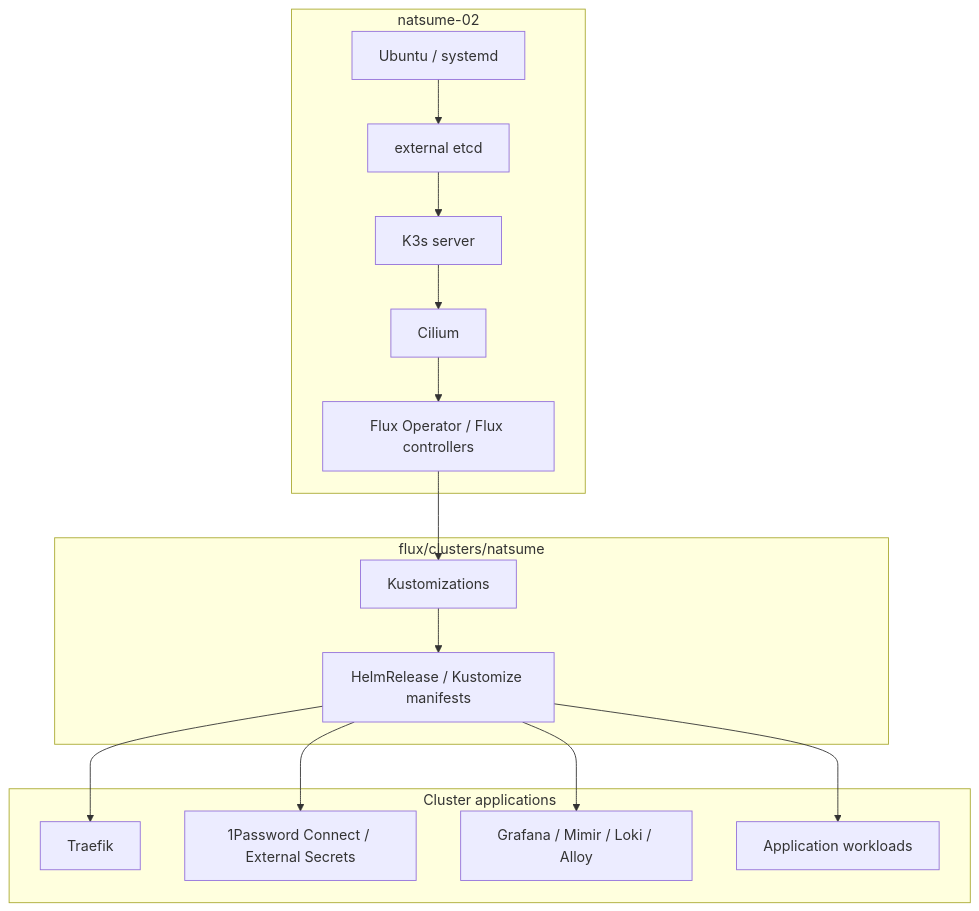
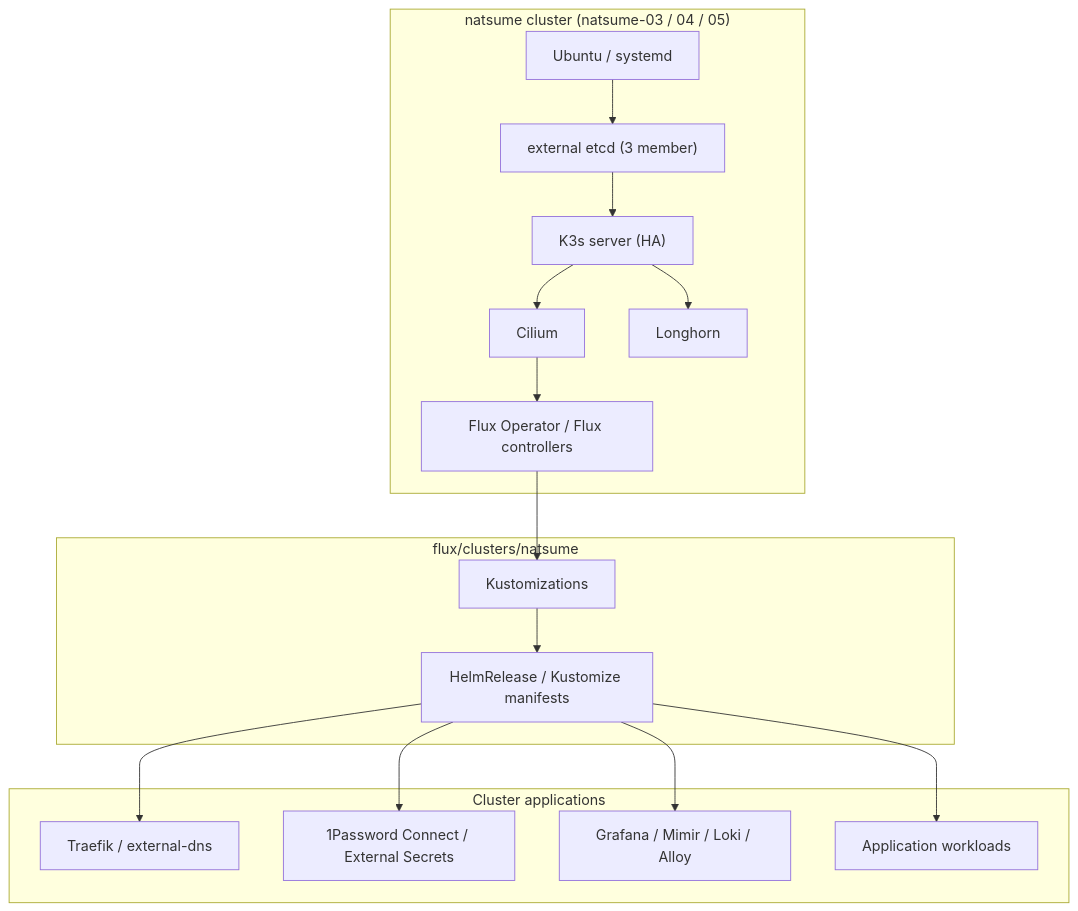
One commit to Soli0222/pke changed the first of 2 diagrams in README.md. Above: the diagram before and after it, drawn with Mermaid. The commit also changed other lines of this file and 31 other files, not shown here.

````diff
--- a/README.md
+++ b/README.md
@@ -9,33 +9,35 @@
 ```mermaid
 flowchart TB
-    subgraph Host["natsume-02"]
+    subgraph Cluster["natsume cluster (natsume-03 / 04 / 05)"]
         OS["Ubuntu / systemd"]
-        ETCD["external etcd"]
-        K3S["K3s server"]
+        ETCD["external etcd (3 member)"]
+        K3S["K3s server (HA)"]
         CILIUM["Cilium"]
+        LONGHORN["Longhorn"]
         FLUX["Flux Operator / Flux controllers"]
     end
 
     subgraph GitOps["flux/clusters/natsume"]
         BASE["Kustomizations"]
         APPS["HelmRelease / Kustomize manifests"]
     end
 
     subgraph Apps["Cluster applications"]
-        TRAEFIK["Traefik"]
+        TRAEFIK["Traefik / external-dns"]
         SECRETS["1Password Connect / External Secrets"]
         OBS["Grafana / Mimir / Loki / Alloy"]
         SVC["Application workloads"]
     end
 
     OS --> ETCD
     ETCD --> K3S
     K3S --> CILIUM
     CILIUM --> FLUX
+    K3S --> LONGHORN
     FLUX --> BASE
     BASE --> APPS
     APPS --> TRAEFIK
     APPS --> SECRETS
     APPS --> OBS
     APPS --> SVC
 ```
````
